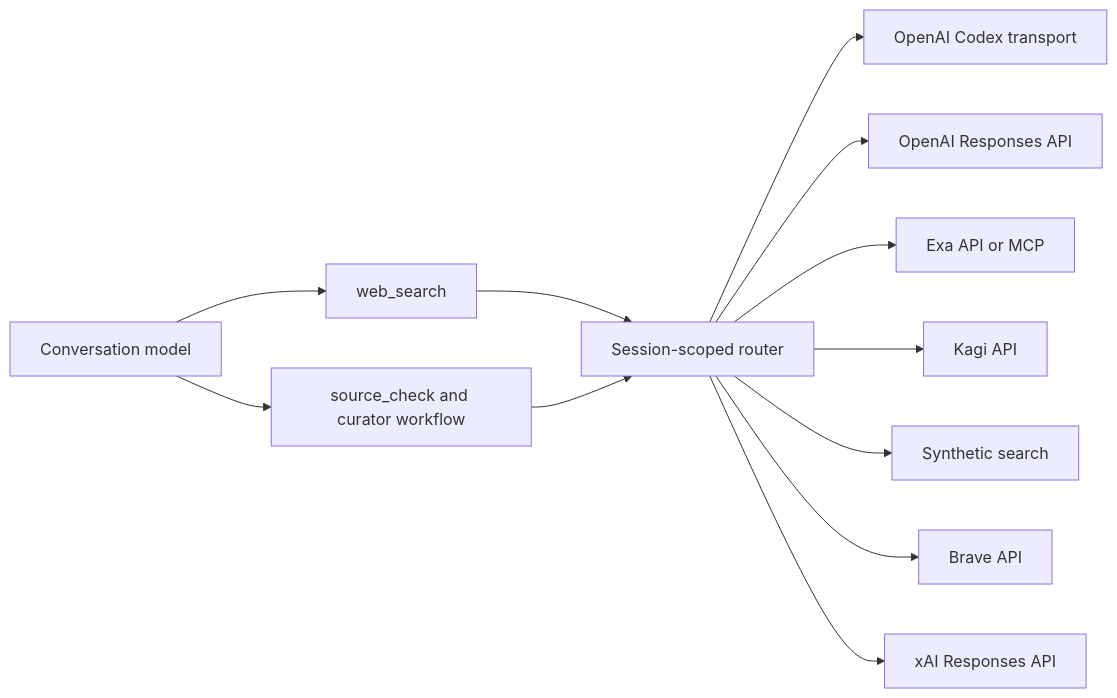
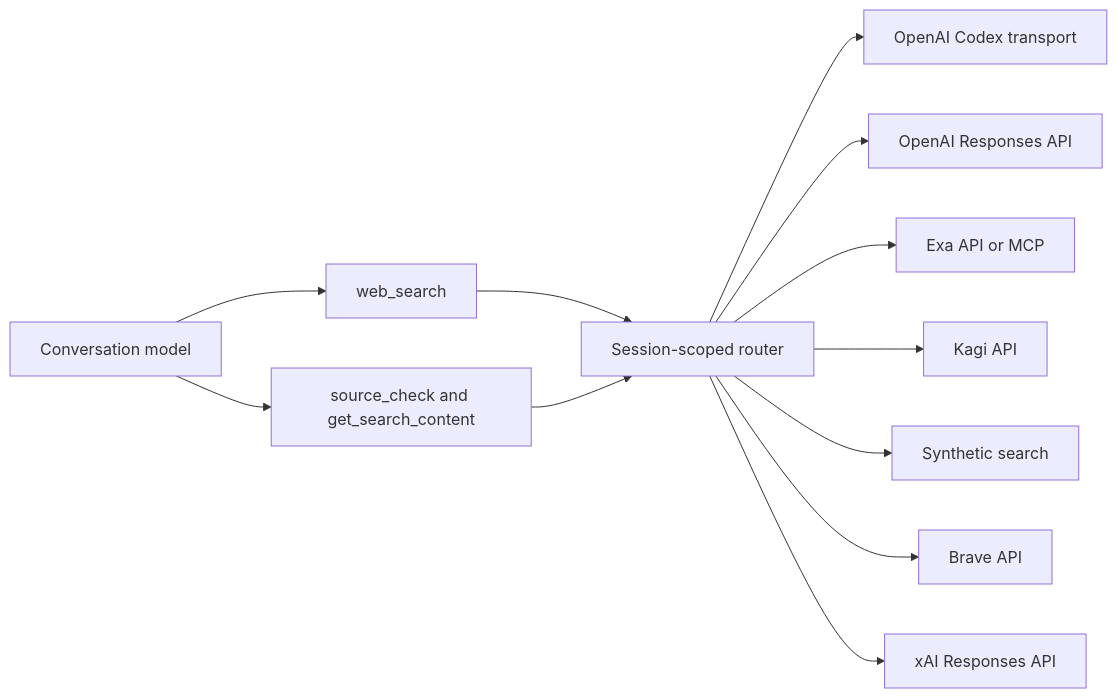
The diagram in docs/en/web-search.md (Nebu1eto/choco-pi), drawn with Mermaid before and after one commit. The commit also changed other lines of this file and 176 other files, not shown here.

````diff
--- a/docs/en/web-search.md
+++ b/docs/en/web-search.md
@@ -11,14 +11,14 @@
 ```mermaid
 flowchart LR
   M[Conversation model] --> T[web_search]
   T --> R[Session-scoped router]
   R --> O1[OpenAI Codex transport]
   R --> O2[OpenAI Responses API]
   R --> E[Exa API or MCP]
   R --> K[Kagi API]
   R --> S[Synthetic search]
   R --> B[Brave API]
   R --> X[xAI Responses API]
-  M --> C[source_check and curator workflow]
+  M --> C[source_check and get_search_content]
   C --> R
 ```
````
